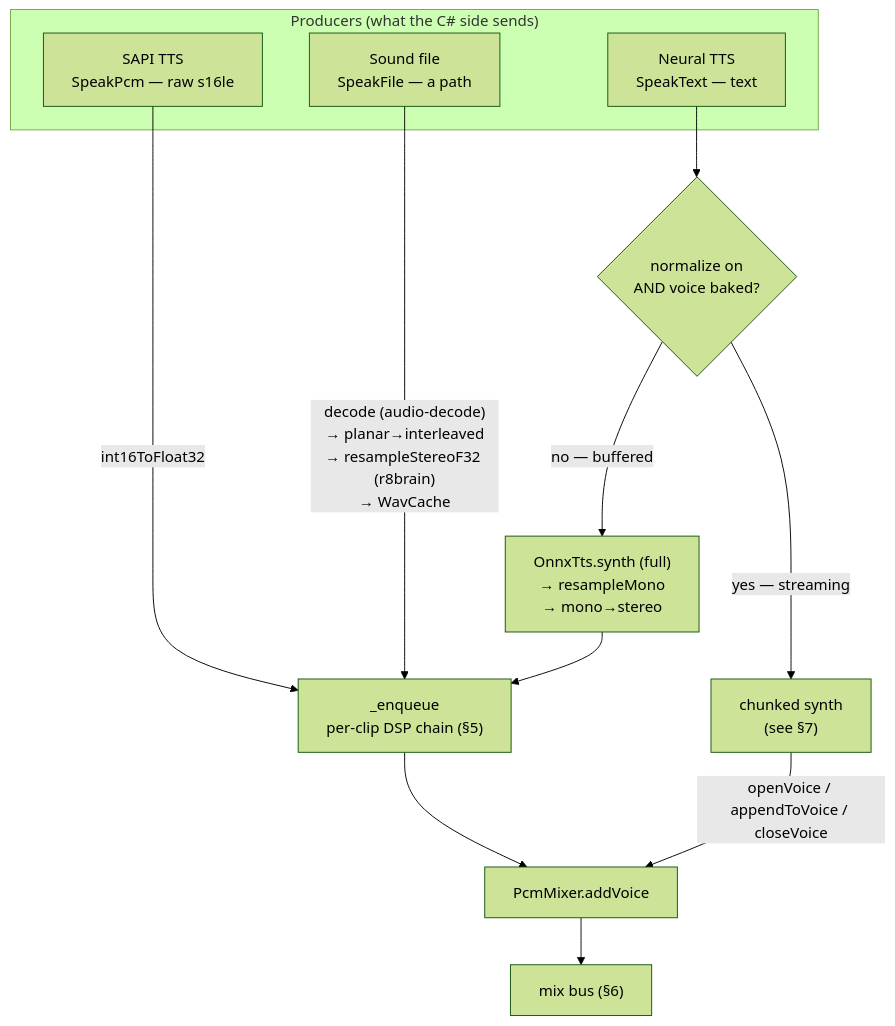
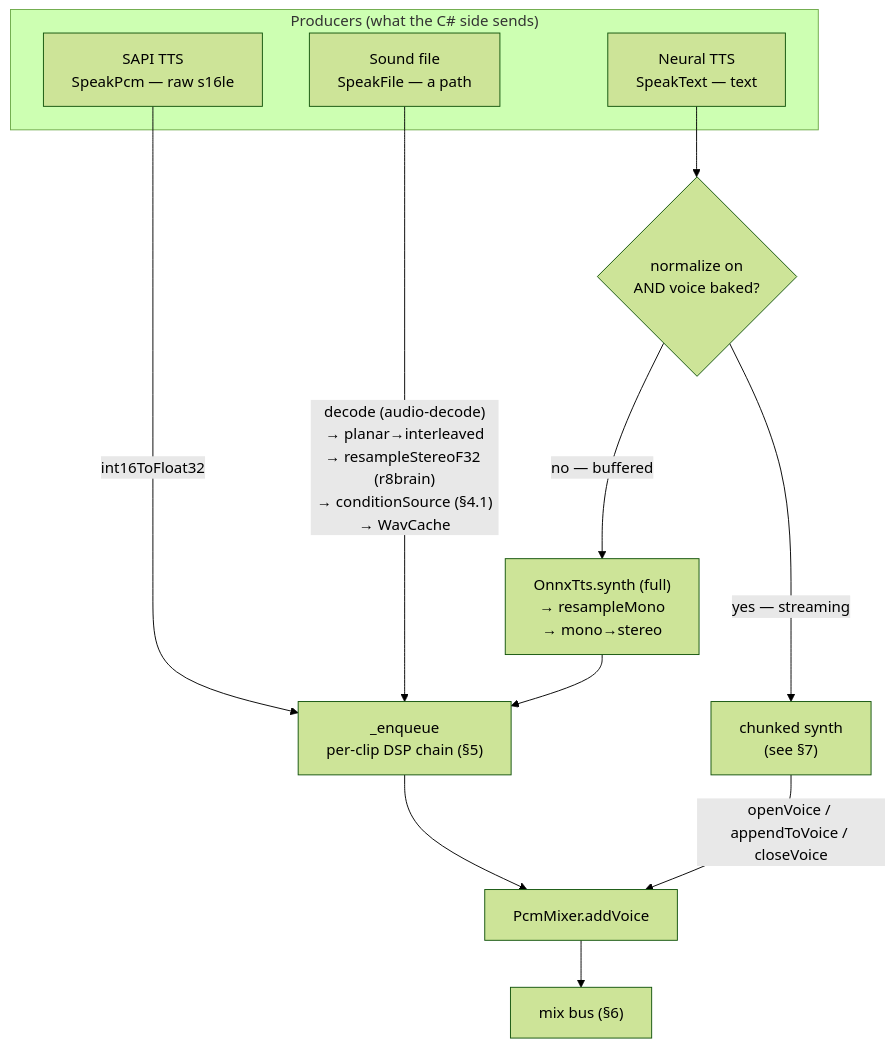
The third of 8 diagrams in docs/AUDIO-CHAIN.md (jlagedo/ACT-Discord-Triggers), drawn with Mermaid (forest theme) before and after one commit. The commit also changed other lines of this file and 1 other file, not shown here.

First line of the commit message:
docs: document source conditioning in the audio chain

````diff
--- a/docs/AUDIO-CHAIN.md
+++ b/docs/AUDIO-CHAIN.md
@@ -101,21 +103,21 @@
 ```mermaid
 flowchart TD
     subgraph P["Producers (what the C# side sends)"]
         A["SAPI TTS<br/>SpeakPcm — raw s16le"]
         B["Sound file<br/>SpeakFile — a path"]
         C["Neural TTS<br/>SpeakText — text"]
     end
 
     A -->|int16ToFloat32| ENQ
-    B -->|"decode (audio-decode)<br/>→ planar→interleaved<br/>→ resampleStereoF32 (r8brain)<br/>→ WavCache"| ENQ
+    B -->|"decode (audio-decode)<br/>→ planar→interleaved<br/>→ resampleStereoF32 (r8brain)<br/>→ conditionSource (§4.1)<br/>→ WavCache"| ENQ
 
     C --> Q{normalize on<br/>AND voice baked?}
     Q -->|"no — buffered"| BUF["OnnxTts.synth (full)<br/>→ resampleMono<br/>→ mono→stereo"]
     Q -->|"yes — streaming"| STR["chunked synth<br/>(see §7)"]
     BUF --> ENQ
 
     ENQ["_enqueue<br/>per-clip DSP chain (§5)"] --> MIX["PcmMixer.addVoice"]
     STR -->|"openVoice / appendToVoice / closeVoice"| MIX
 
     MIX --> BUS["mix bus (§6)"]
 ```
````
